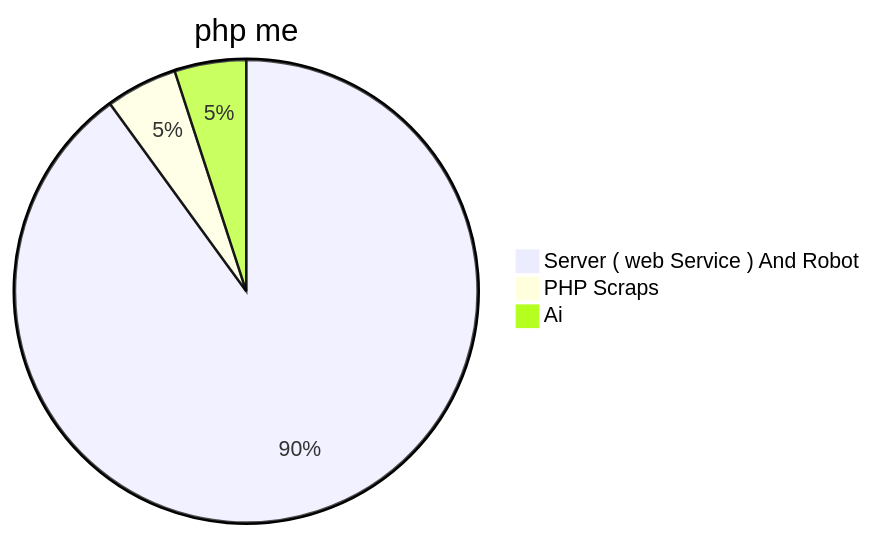
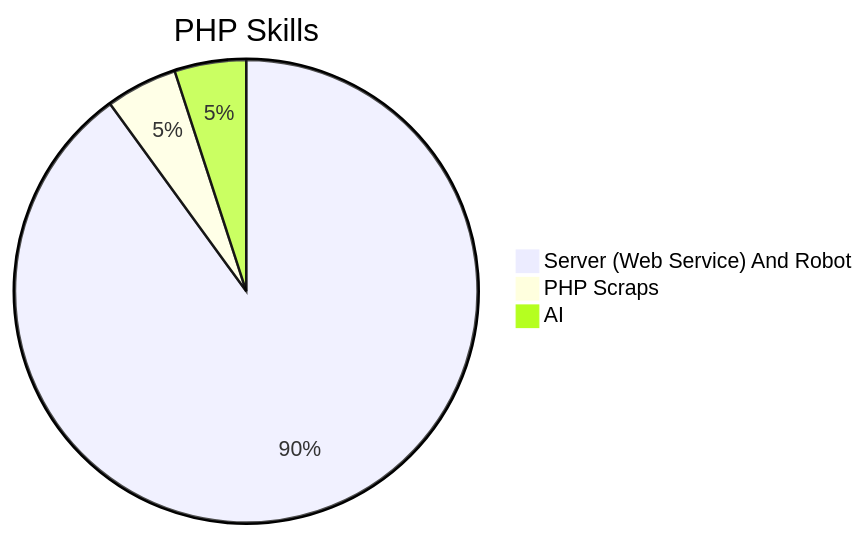
One commit to Mahdy-Ahmadi/Mahdy-Ahmadi changed the second of 2 diagrams in README.md. Above: the diagram before and after it, drawn with Mermaid. The commit also changed other lines of this file, not shown here.

````diff
--- a/README.md
+++ b/README.md
@@ -17,7 +19,7 @@
 ```mermaid
 pie
-    title php me
-    "Server ( web Service ) And Robot ": 90
+    title PHP Skills
+    "Server (Web Service) And Robot": 90
     "PHP Scraps": 5
-    "Ai ": 5
+    "AI": 5
 ```
````
